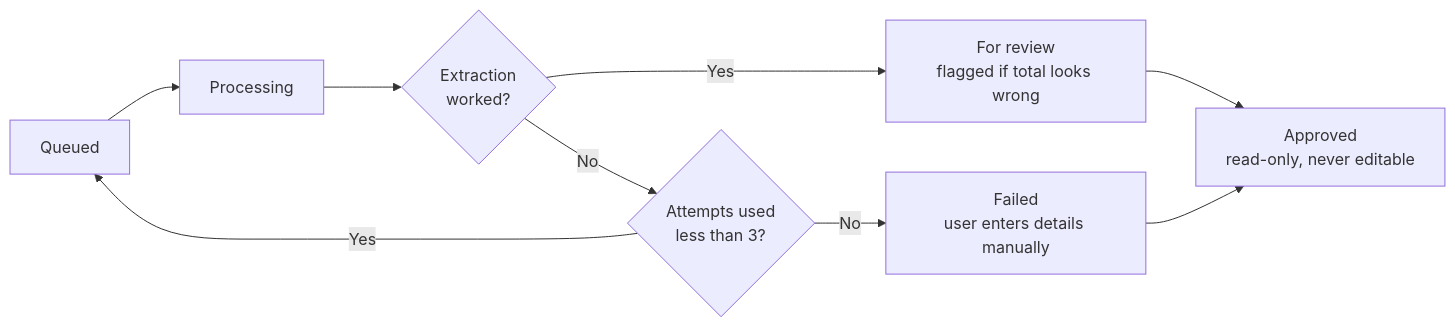
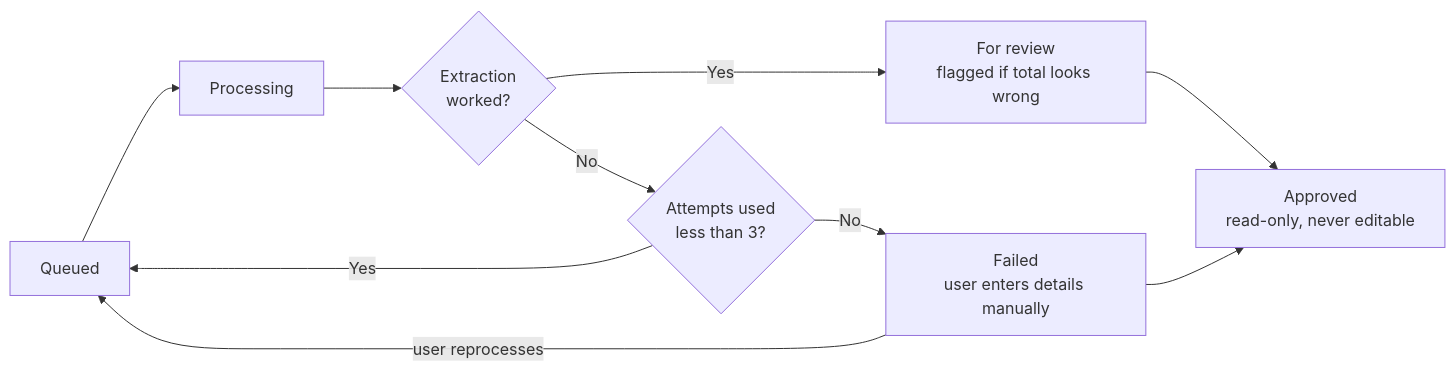
The diagram in docs/business-requirements.md (restocado/stubby), drawn with Mermaid before and after one commit. The commit also changed other lines of this file and 2 other files, not shown here.

````diff
--- a/docs/business-requirements.md
+++ b/docs/business-requirements.md
@@ -27,11 +29,12 @@
 ```mermaid
 flowchart LR
     Q[Queued] --> P[Processing]
     P --> OK{Extraction<br/>worked?}
     OK -- Yes --> R[For review<br/>flagged if total looks wrong]
     OK -- No --> RT{Attempts used<br/>less than 3?}
     RT -- Yes --> Q
     RT -- No --> F[Failed<br/>user enters details manually]
+    F -- user reprocesses --> Q
     R --> A[Approved<br/>read-only, never editable]
     F --> A
 ```
````
